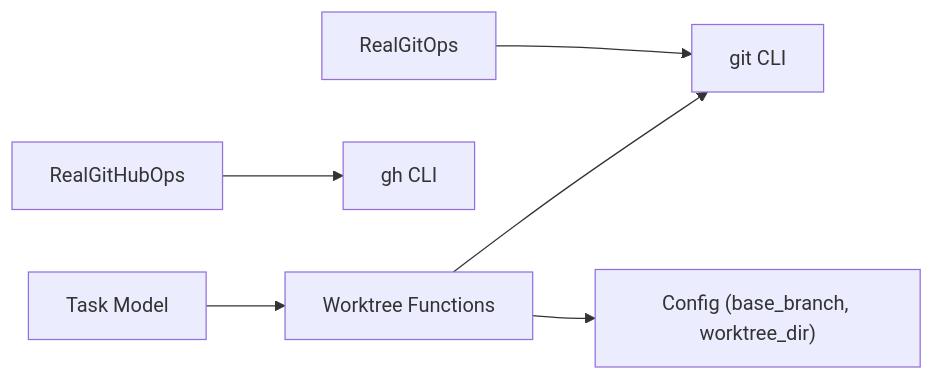
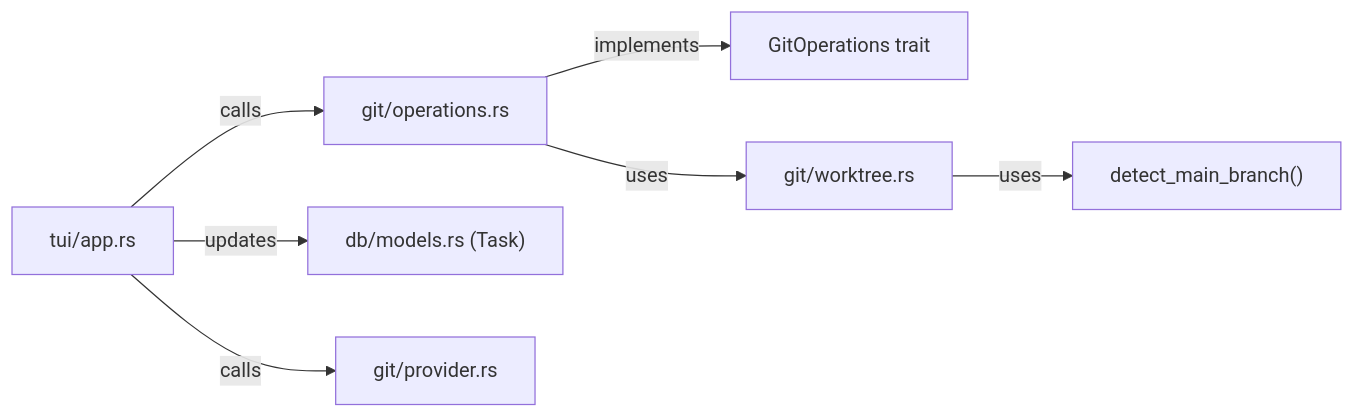
Before and after one commit to bramburn/agtx: the eighth of 8 diagrams in .qoder/repowiki/en/content/Git Integration/Branch Operations.md, drawn with Mermaid. The commit also changed other lines of this file and 140 other files, not shown here.

````diff
--- a/.qoder/repowiki/en/content/Git Integration/Branch Operations.md
+++ b/.qoder/repowiki/en/content/Git Integration/Branch Operations.md
@@ -290,8 +282,9 @@
 ```mermaid
 graph LR
-RealGitOps["RealGitOps"] --> GitCLI["git CLI"]
-RealGitHubOps["RealGitHubOps"] --> GHIssues["gh CLI"]
-Worktree["Worktree Functions"] --> GitCLI
-Worktree --> Config["Config (base_branch, worktree_dir)"]
-DB["Task Model"] --> Worktree
+TUI["tui/app.rs"] --> |calls| GITOPS["git/operations.rs"]
+GITOPS --> |implements| TRAIT["GitOperations trait"]
+GITOPS --> |uses| WT["git/worktree.rs"]
+WT --> |uses| DETECT["detect_main_branch()"]
+TUI --> |updates| DBTASK["db/models.rs (Task)"]
+TUI --> |calls| GHOPS["git/provider.rs"]
 ```
````
